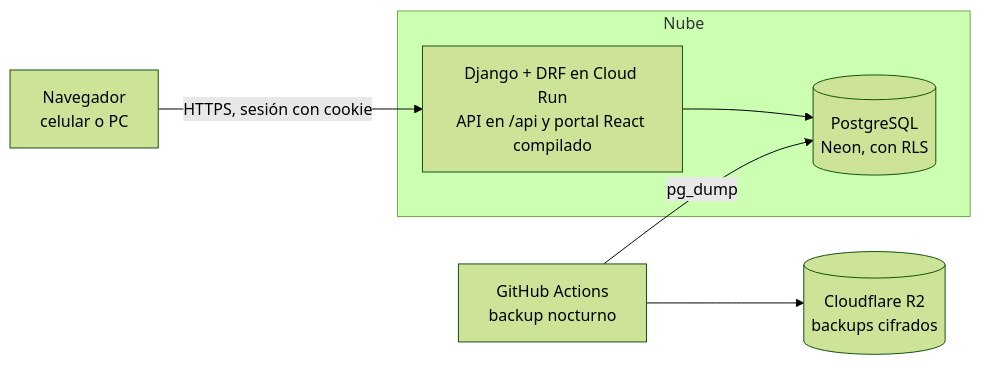
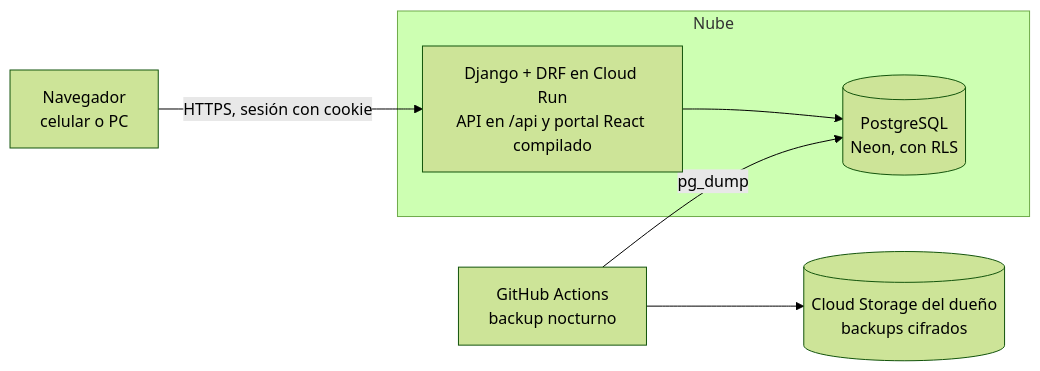
The second of 5 diagrams in docs/diagramas/01-arquitectura.md (aleharo2003/floky-cuadernos), drawn with Mermaid (forest theme) before and after one commit. The commit also changed other lines of this file and 18 other files, not shown here.

First line of the commit message:
Move the nightly backup to Cloud Storage, encrypted for two keys

````diff
--- a/docs/diagramas/01-arquitectura.md
+++ b/docs/diagramas/01-arquitectura.md
@@ -40,14 +40,14 @@
 ```mermaid
 flowchart LR
     Nav["Navegador<br/>celular o PC"]
     subgraph Nube["Nube"]
         App["Django + DRF en Cloud Run<br/>API en /api y portal React compilado"]
         PG[("PostgreSQL<br/>Neon, con RLS")]
     end
     GA["GitHub Actions<br/>backup nocturno"]
-    R2[("Cloudflare R2<br/>backups cifrados")]
+    GCS[("Cloud Storage del dueño<br/>backups cifrados")]
     Nav -->|"HTTPS, sesión con cookie"| App
     App --> PG
     GA -->|"pg_dump"| PG
-    GA --> R2
+    GA --> GCS
 ```
````
